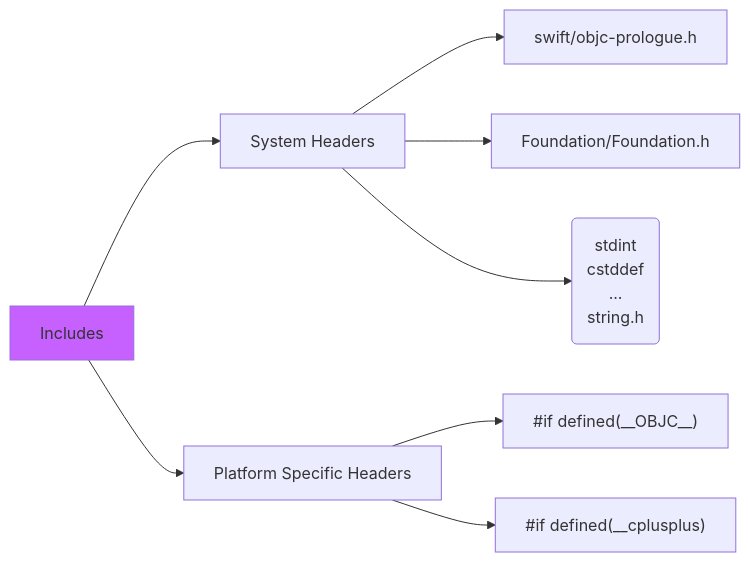
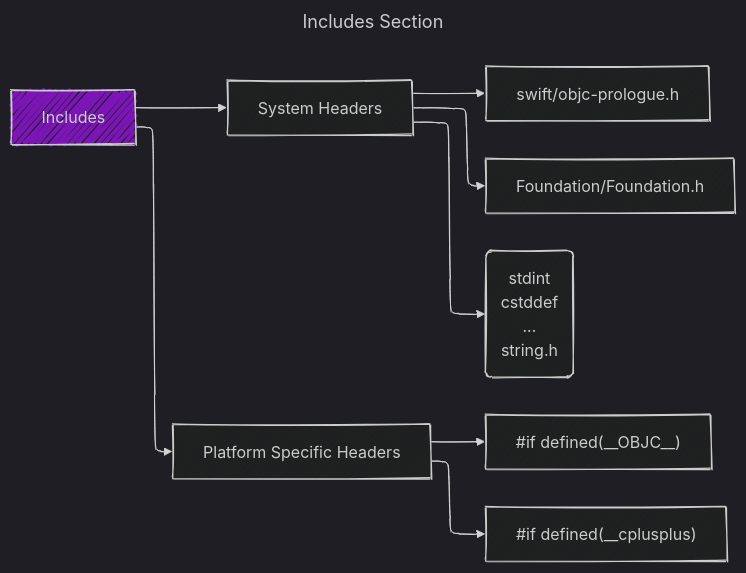
Before and after one commit to CongLeSolutionX/iOS-development-vault: the third of 7 diagrams in Reversing_Engineer_through_Interfaces/Swift-generated_header_file_in_Mermaid.md, drawn with Mermaid. The commit also changed other lines of this file and 8 other files, not shown here.

````diff
--- a/Reversing_Engineer_through_Interfaces/Swift-generated_header_file_in_Mermaid.md
+++ b/Reversing_Engineer_through_Interfaces/Swift-generated_header_file_in_Mermaid.md
@@ -70,25 +84,32 @@
 ```mermaid
+---
+title: Includes Section
+config:
+  layout: elk
+  look: handDrawn
+  theme: dark
+---
 graph LR
     A[Includes] --> B[System Headers];
     A --> C[Platform Specific Headers];
 
     B1["swift/objc-prologue.h"]
     B2["Foundation/Foundation.h"]
     B3("
         stdint
         cstddef
         ...
         string.h
         "
     )
 
     B --> B1
     B --> B2
     B --> B3
  
     C --> C1["#if defined(__OBJC__)"];
     C --> C2["#if defined(__cplusplus)"];
 
 style A fill:#a1fa;
 
 ```
````
